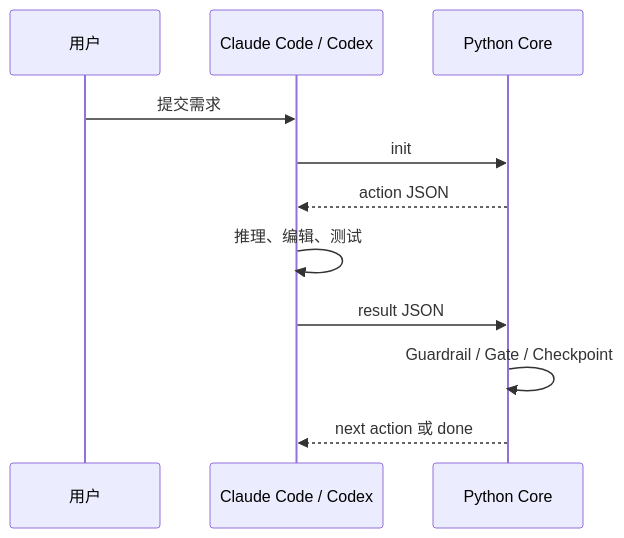
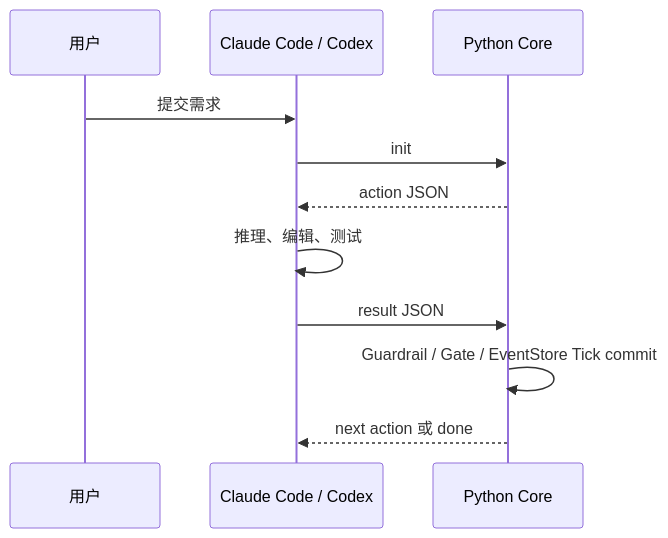
Before and after one commit to qianminjian/Auto-engineering: the diagram in docs/PRODUCT-TRAINING-GUIDE.md, drawn with Mermaid. The commit also changed other lines of this file and 317 other files, not shown here.

````diff
--- a/docs/PRODUCT-TRAINING-GUIDE.md
+++ b/docs/PRODUCT-TRAINING-GUIDE.md
@@ -37,13 +37,13 @@
 ```mermaid
 sequenceDiagram
   participant U as 用户
   participant H as Claude Code / Codex
   participant C as Python Core
   U->>H: 提交需求
   H->>C: init
   C-->>H: action JSON
   H->>H: 推理、编辑、测试
   H->>C: result JSON
-  C->>C: Guardrail / Gate / Checkpoint
+  C->>C: Guardrail / Gate / EventStore Tick commit
   C-->>H: next action 或 done
 ```
````
